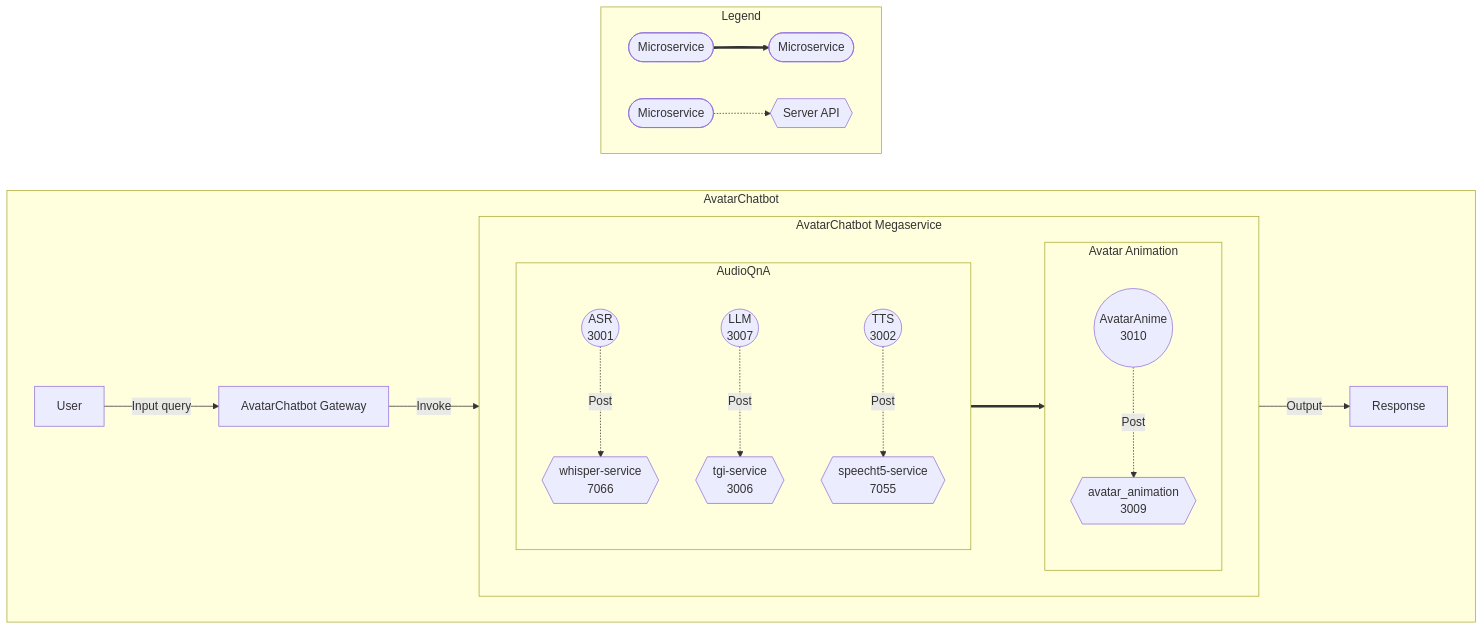
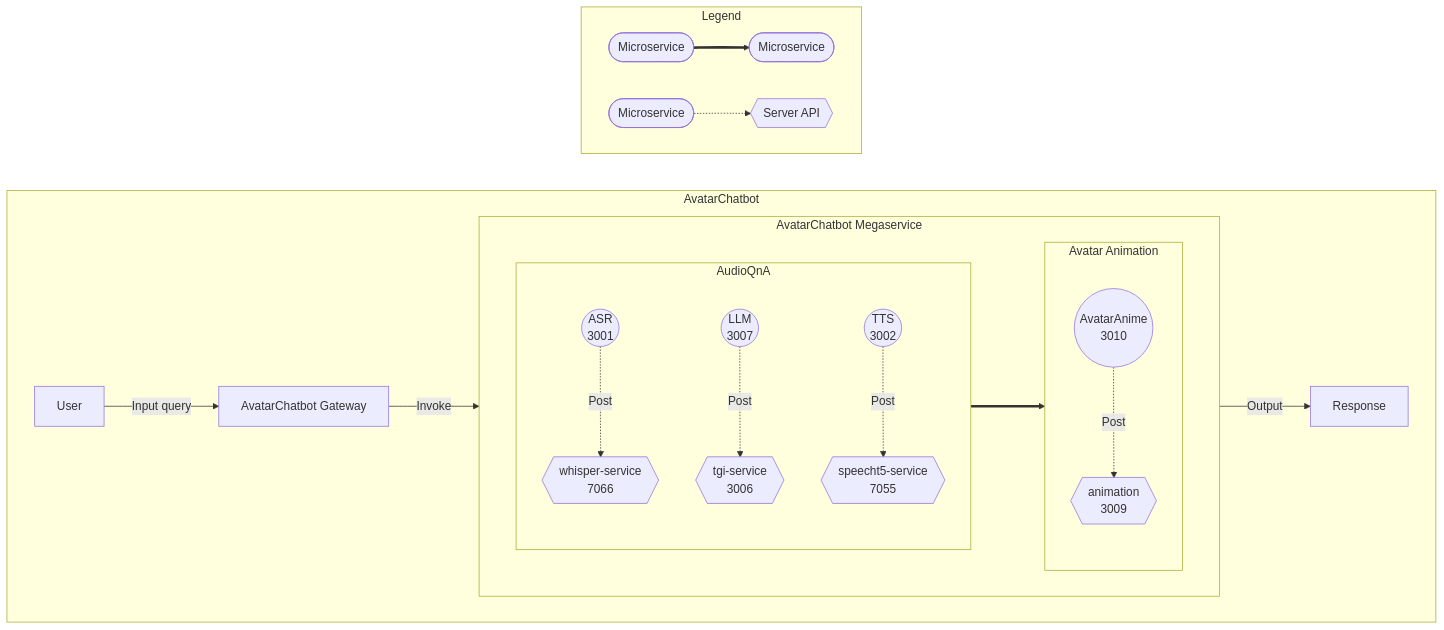
Before and after one commit to opea-project/docs: the diagram in community/rfcs/24-07-17-OPEA-AIAvatarChatbot.md, drawn with Mermaid. The commit also changed other lines of this file and 11 other files, not shown here.

````diff
--- a/community/rfcs/24-07-17-OPEA-AIAvatarChatbot.md
+++ b/community/rfcs/24-07-17-OPEA-AIAvatarChatbot.md
@@ -51,29 +61,29 @@
 ```mermaid
 flowchart LR
     subgraph AvatarChatbot
         direction LR
         A[User] --> |Input query| B[AvatarChatbot Gateway]
         B --> |Invoke| Megaservice
         subgraph Megaservice["AvatarChatbot Megaservice"]
             direction LR
             subgraph AudioQnA["AudioQnA"]
                 direction TB
                 C((ASR<br>3001)) -. Post .-> D{{whisper-service<br>7066}}
                 E((LLM<br>3007)) -. Post .-> F{{tgi-service<br>3006}}
                 G((TTS<br>3002)) -. Post .-> H{{speecht5-service<br>7055}}
             end
             subgraph AvatarAnimation["Avatar Animation"]
                 direction TB
-                I((AvatarAnime<br>3010)) -. Post .-> J{{avatar_animation<br>3009}}
+                I((AvatarAnime<br>3010)) -. Post .-> J{{animation<br>3009}}
             end
             AudioQnA ==> AvatarAnimation
         end
         Megaservice --> |Output| K[Response]
     end
 
     subgraph Legend
         direction LR
         L([Microservice]) ==> M([Microservice])
         N([Microservice]) -.-> O{{Server API}}
     end
 ```
````
